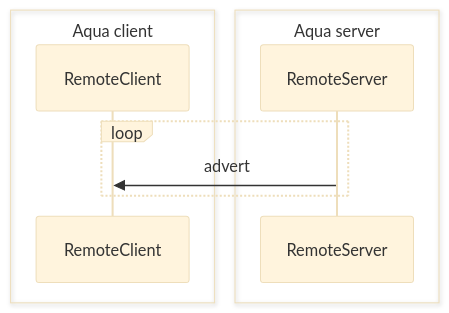
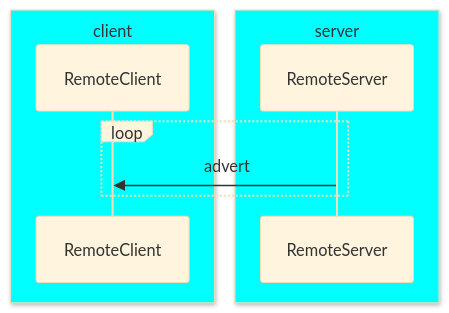
Before and after one commit to jbuehl/homealone: the diagram in docs/README.remote.md, drawn with Mermaid (base theme).

Commit message:
Add diagrams

````diff
--- a/docs/README.remote.md
+++ b/docs/README.remote.md
@@ -42,12 +42,12 @@
 ```mermaid
 sequenceDiagram
-	box transparent Aqua client
+	box Aqua client
 	participant RemoteClient
 	end
-	box transparent Aqua server
+	box Aqua server
 	participant RemoteServer
 	end
 	loop
 		RemoteServer ->> RemoteClient: advert
 	end
 ```
````
